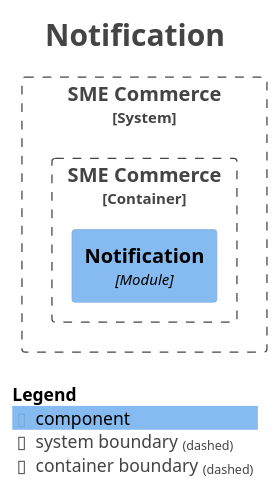
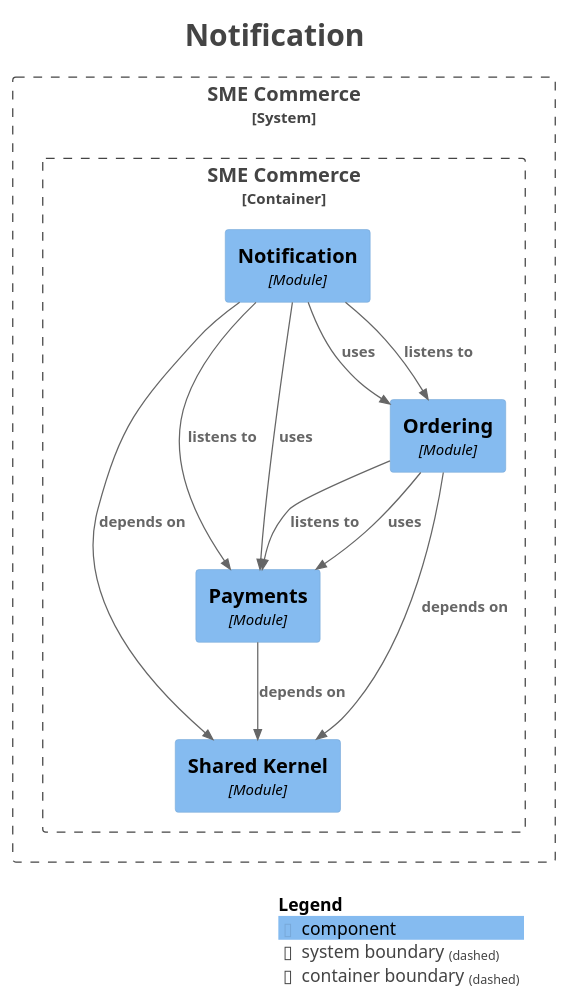
The diagram in docs/modules/module-notification.puml (hezronokwach/sme-commerce-platform), drawn with PlantUML before and after one commit. The commit also changed 19 other files, not shown here.

```diff
--- a/docs/modules/module-notification.puml
+++ b/docs/modules/module-notification.puml
@@ -1,27 +1,40 @@
 @startuml
 title <size:24>Notification</size>
 
 set separator none
 top to bottom direction
 
 <style>
   root {
     BackgroundColor: #ffffff
     FontColor: #444444
   }
 </style>
 
 !include <C4/C4>
 !include <C4/C4_Context>
 !include <C4/C4_Component>
 
 System_Boundary("SMECommerce_boundary", "SME Commerce", $tags="") {
   Container_Boundary("SMECommerce.SMECommerce_boundary", "SME Commerce", $tags="") {
+    Component(SMECommerce.SMECommerce.Ordering, "Ordering", $techn="Module", $descr="", $tags="", $link="")
     Component(SMECommerce.SMECommerce.Notification, "Notification", $techn="Module", $descr="", $tags="", $link="")
+    Component(SMECommerce.SMECommerce.SharedKernel, "Shared Kernel", $techn="Module", $descr="", $tags="", $link="")
+    Component(SMECommerce.SMECommerce.Payments, "Payments", $techn="Module", $descr="", $tags="", $link="")
   }
 
 }
 
+Rel(SMECommerce.SMECommerce.Notification, SMECommerce.SMECommerce.Ordering, "listens to", $techn="", $tags="", $link="")
+Rel(SMECommerce.SMECommerce.Notification, SMECommerce.SMECommerce.Payments, "listens to", $techn="", $tags="", $link="")
+Rel(SMECommerce.SMECommerce.Notification, SMECommerce.SMECommerce.SharedKernel, "depends on", $techn="", $tags="", $link="")
+Rel(SMECommerce.SMECommerce.Notification, SMECommerce.SMECommerce.Ordering, "uses", $techn="", $tags="", $link="")
+Rel(SMECommerce.SMECommerce.Notification, SMECommerce.SMECommerce.Payments, "uses", $techn="", $tags="", $link="")
+Rel(SMECommerce.SMECommerce.Ordering, SMECommerce.SMECommerce.Payments, "listens to", $techn="", $tags="", $link="")
+Rel(SMECommerce.SMECommerce.Ordering, SMECommerce.SMECommerce.SharedKernel, "depends on", $techn="", $tags="", $link="")
+Rel(SMECommerce.SMECommerce.Ordering, SMECommerce.SMECommerce.Payments, "uses", $techn="", $tags="", $link="")
+Rel(SMECommerce.SMECommerce.Payments, SMECommerce.SMECommerce.SharedKernel, "depends on", $techn="", $tags="", $link="")
+
 SHOW_LEGEND(true)
 hide stereotypes
 @enduml
```
